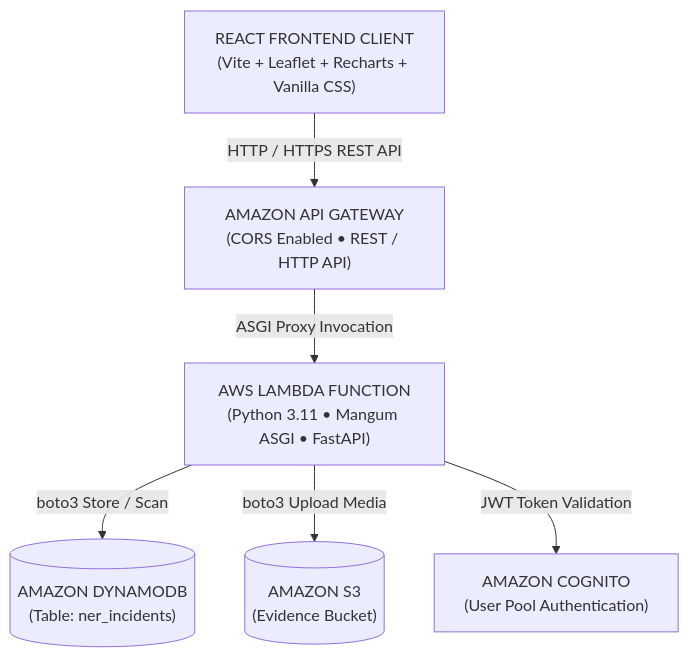
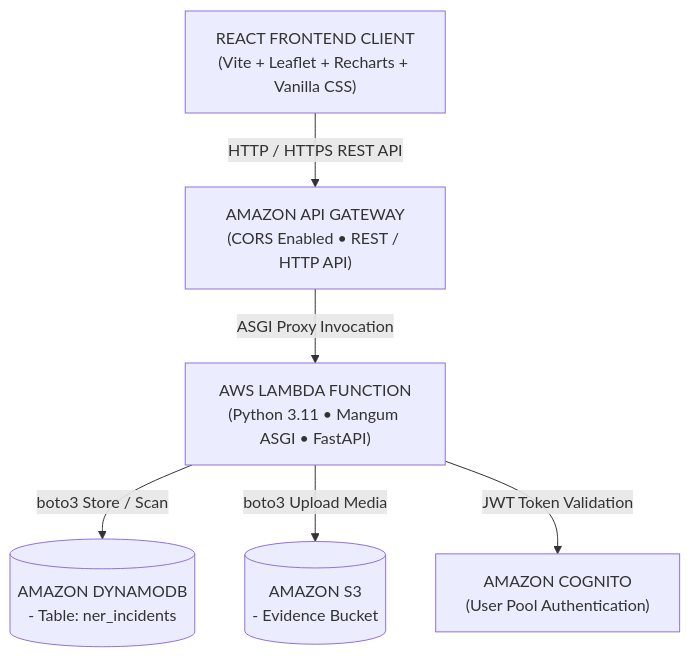
One commit to Hritik983567-Art/NERIS changed the diagram in AWS_ARCHITECTURE.md. Above: the diagram before and after it, drawn with Mermaid. The commit also changed 7 other files, not shown here.

Commit message:
fix(docs): resolve parse error in Bedrock workflow Mermaid diagram by quoting pipe labels and sanitizing cylinder nodes

````diff
--- a/AWS_ARCHITECTURE.md
+++ b/AWS_ARCHITECTURE.md
@@ -15,15 +15,15 @@
 ```mermaid
 flowchart TD
     Client["REACT FRONTEND CLIENT<br/>(Vite + Leaflet + Recharts + Vanilla CSS)"]
     Gateway["AMAZON API GATEWAY<br/>(CORS Enabled • REST / HTTP API)"]
     Lambda["AWS LAMBDA FUNCTION<br/>(Python 3.11 • Mangum ASGI • FastAPI)"]
-    DynamoDB[("AMAZON DYNAMODB<br/>(Table: ner_incidents)")]
-    S3[("AMAZON S3<br/>(Evidence Bucket)")]
+    DynamoDB[("AMAZON DYNAMODB<br/>- Table: ner_incidents")]
+    S3[("AMAZON S3<br/>- Evidence Bucket")]
     Cognito["AMAZON COGNITO<br/>(User Pool Authentication)"]
 
     Client -->|"HTTP / HTTPS REST API"| Gateway
     Gateway -->|"ASGI Proxy Invocation"| Lambda
     Lambda -->|"boto3 Store / Scan"| DynamoDB
     Lambda -->|"boto3 Upload Media"| S3
     Lambda -->|"JWT Token Validation"| Cognito
 ```
````
